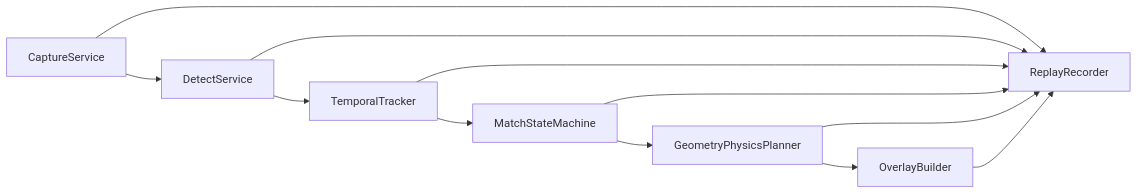
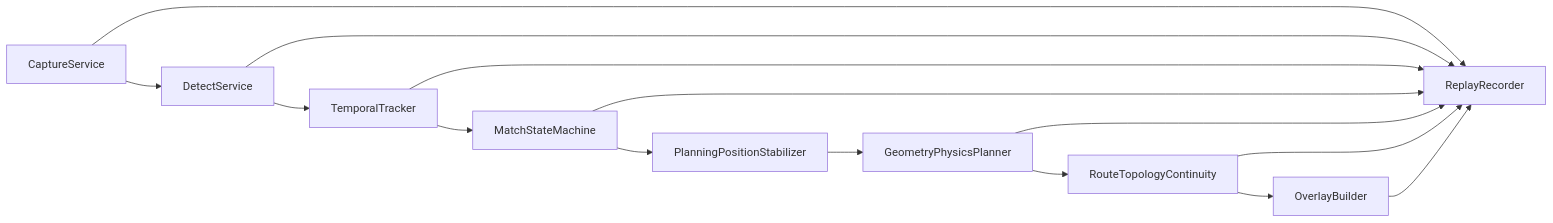
Before and after one commit to Ryan-JwZhao/2606bas: the diagram in docs/architecture.md, drawn with Mermaid. The commit also changed other lines of this file and 17 other files, not shown here.

````diff
--- a/docs/architecture.md
+++ b/docs/architecture.md
@@ -5,14 +5,17 @@
 ```mermaid
 flowchart LR
     A["CaptureService"] --> B["DetectService"]
     B --> C["TemporalTracker"]
     C --> D["MatchStateMachine"]
-    D --> E["GeometryPhysicsPlanner"]
-    E --> F["OverlayBuilder"]
+    D --> E["PlanningPositionStabilizer"]
+    E --> F["GeometryPhysicsPlanner"]
+    F --> H["RouteTopologyContinuity"]
+    H --> I["OverlayBuilder"]
     A --> G["ReplayRecorder"]
     B --> G
     C --> G
     D --> G
-    E --> G
     F --> G
+    H --> G
+    I --> G
 ```
````
